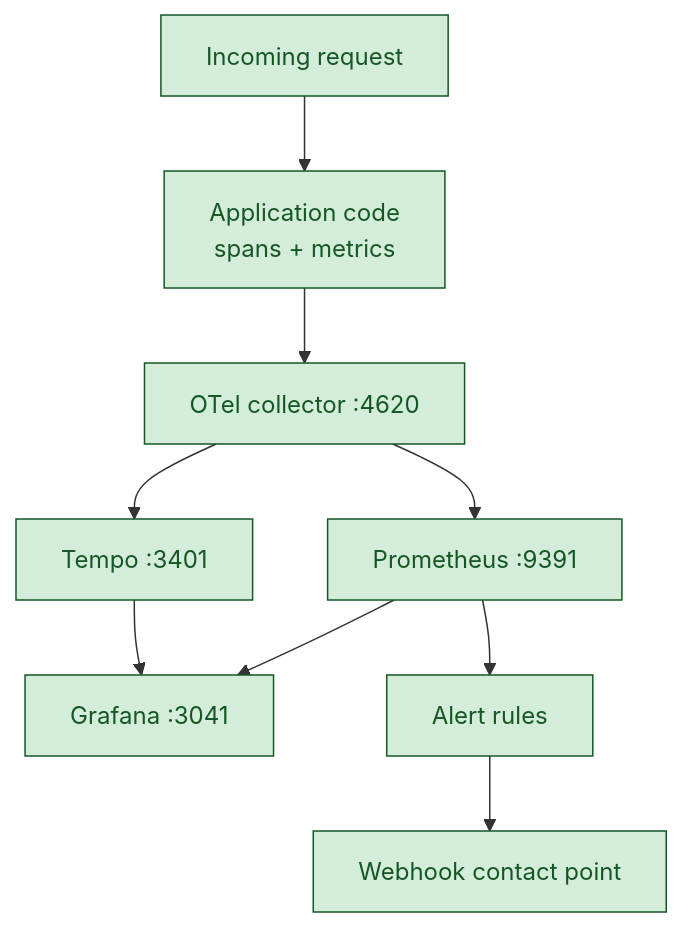
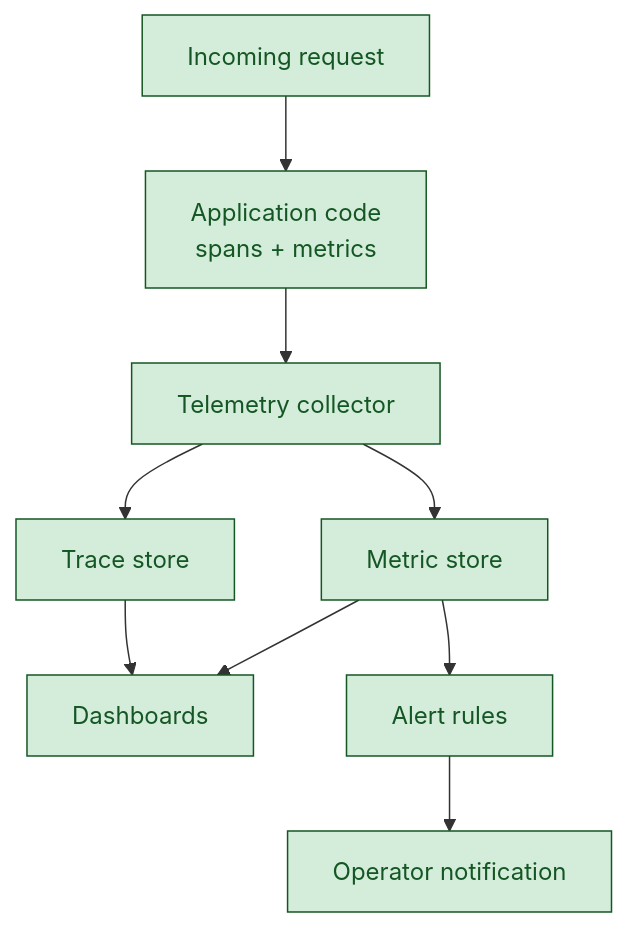
Before and after one commit to Kevinparashar/One-ops-NextGen: the third of 7 diagrams in docs/MANAGEMENT-BRIEFING.md, drawn with Mermaid. The commit also changed other lines of this file and 1 other file, not shown here.

````diff
--- a/docs/MANAGEMENT-BRIEFING.md
+++ b/docs/MANAGEMENT-BRIEFING.md
@@ -177,20 +173,20 @@
 ```mermaid
 flowchart TD
     classDef shipped fill:#d4edda,stroke:#155724,color:#155724
     REQ["Incoming request"]:::shipped
     CODE["Application code<br/>spans + metrics"]:::shipped
-    OTLP["OTel collector :4620"]:::shipped
-    TEMPO["Tempo :3401"]:::shipped
-    PROM["Prometheus :9391"]:::shipped
-    GRAF["Grafana :3041"]:::shipped
+    OTLP["Telemetry collector"]:::shipped
+    TEMPO["Trace store"]:::shipped
+    PROM["Metric store"]:::shipped
+    GRAF["Dashboards"]:::shipped
     ALERT["Alert rules"]:::shipped
-    ONCALL["Webhook contact point"]:::shipped
+    ONCALL["Operator notification"]:::shipped
     REQ --> CODE
     CODE --> OTLP
     OTLP --> TEMPO
     OTLP --> PROM
     PROM --> GRAF
     PROM --> ALERT
     TEMPO --> GRAF
     ALERT --> ONCALL
 ```
````
